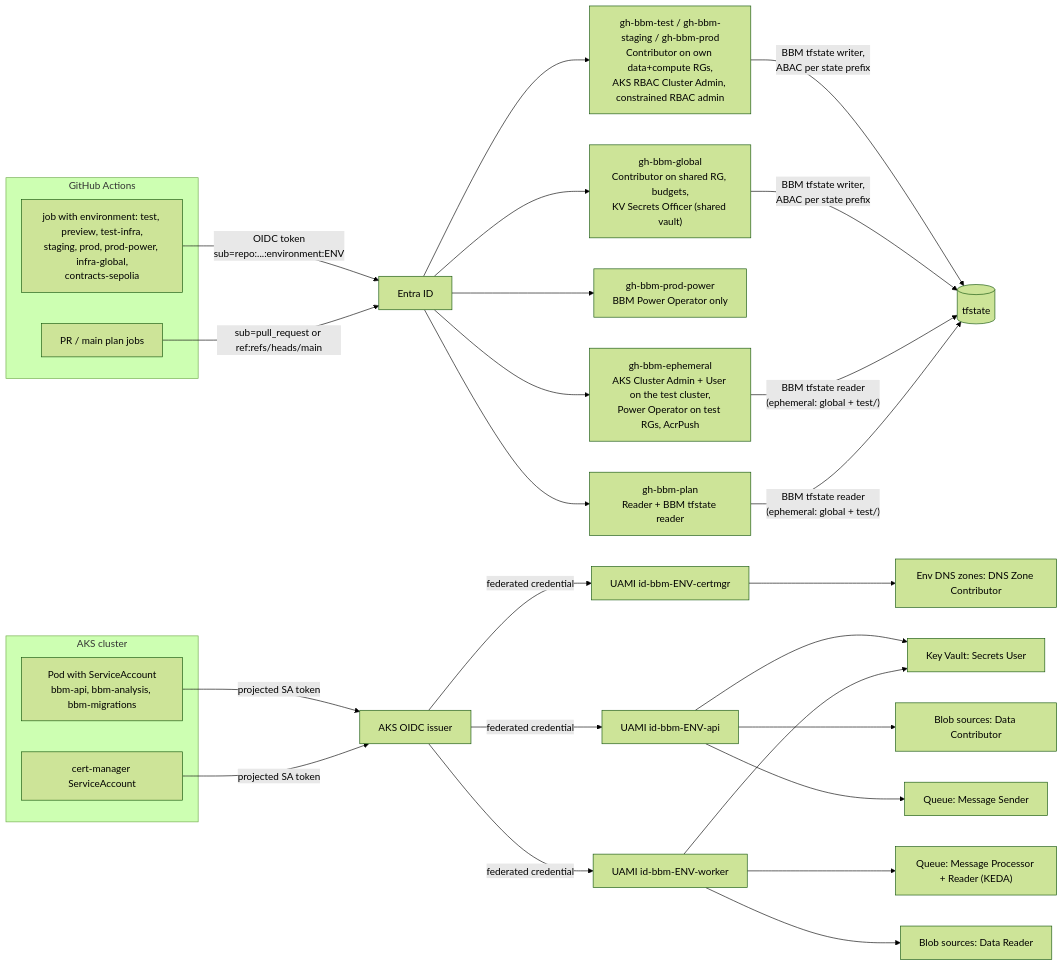
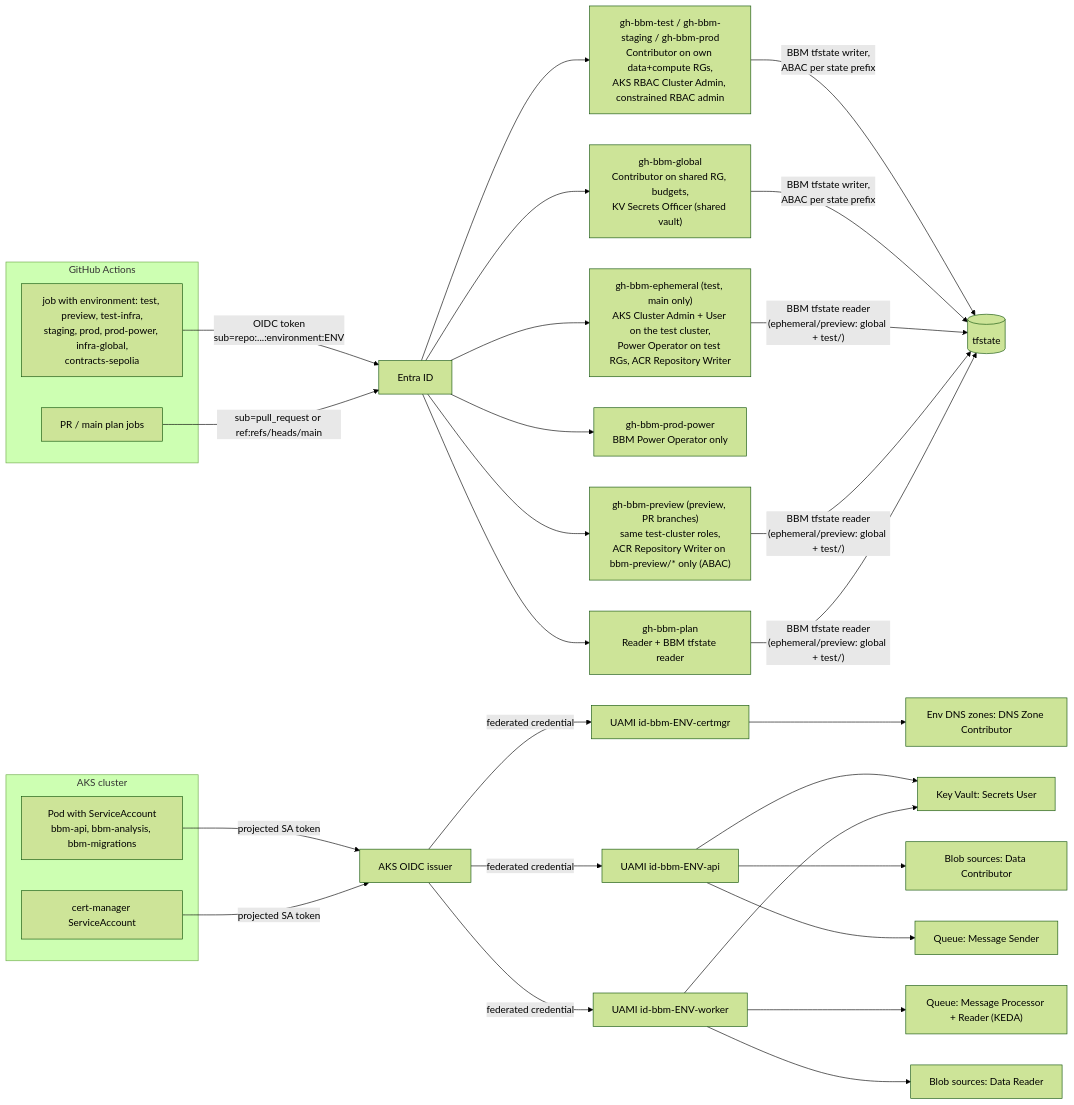
One commit to cse416-fa26-sixseven/bug-bounty-marketplace changed the third of 4 diagrams in docs/devops/architecture.md. Above: the diagram before and after it, drawn with Mermaid (forest theme). The commit also changed other lines of this file and 7 other files, not shown here.

Commit message:
docs: preview identity, registry ABAC mode and Let's Encrypt limits

````diff
--- a/docs/devops/architecture.md
+++ b/docs/devops/architecture.md
@@ -174,33 +174,34 @@
 ```mermaid
 flowchart LR
     subgraph GH["GitHub Actions"]
         JOB["job with environment: test, preview, test-infra,<br/>staging, prod, prod-power, infra-global,<br/>contracts-sepolia"]
         PR["PR / main plan jobs"]
     end
     JOB -- "OIDC token<br/>sub=repo:...:environment:ENV" --> ENTRA["Entra ID"]
     PR -- "sub=pull_request or ref:refs/heads/main" --> ENTRA
-    ENTRA --> EPH["gh-bbm-ephemeral<br/>AKS Cluster Admin + User on the test cluster,<br/>Power Operator on test RGs, AcrPush"]
+    ENTRA --> EPH["gh-bbm-ephemeral (test, main only)<br/>AKS Cluster Admin + User on the test cluster,<br/>Power Operator on test RGs, ACR Repository Writer"]
+    ENTRA --> PRV["gh-bbm-preview (preview, PR branches)<br/>same test-cluster roles,<br/>ACR Repository Writer on bbm-preview/* only (ABAC)"]
     ENTRA --> STG["gh-bbm-test / gh-bbm-staging / gh-bbm-prod<br/>Contributor on own data+compute RGs,<br/>AKS RBAC Cluster Admin, constrained RBAC admin"]
     ENTRA --> PWR["gh-bbm-prod-power<br/>BBM Power Operator only"]
     ENTRA --> GLB["gh-bbm-global<br/>Contributor on shared RG, budgets,<br/>KV Secrets Officer (shared vault)"]
     ENTRA --> PLAN["gh-bbm-plan<br/>Reader + BBM tfstate reader"]
     STG & GLB -- "BBM tfstate writer,<br/>ABAC per state prefix" --> TFS[("tfstate")]
-    EPH & PLAN -- "BBM tfstate reader<br/>(ephemeral: global + test/)" --> TFS
+    EPH & PRV & PLAN -- "BBM tfstate reader<br/>(ephemeral/preview: global + test/)" --> TFS
 
     subgraph K8s["AKS cluster"]
         SA["Pod with ServiceAccount<br/>bbm-api, bbm-analysis, bbm-migrations"]
         CMSA["cert-manager ServiceAccount"]
     end
     SA -- "projected SA token" --> ISS["AKS OIDC issuer"]
     CMSA -- "projected SA token" --> ISS
     ISS -- "federated credential" --> UCM["UAMI id-bbm-ENV-certmgr"]
     UCM --> DZ["Env DNS zones: DNS Zone Contributor"]
     ISS -- "federated credential" --> UAPI["UAMI id-bbm-ENV-api"]
     ISS -- "federated credential" --> UWRK["UAMI id-bbm-ENV-worker"]
     UAPI --> KV["Key Vault: Secrets User"]
     UAPI --> BLOB["Blob sources: Data Contributor"]
     UAPI --> QS["Queue: Message Sender"]
     UWRK --> KV
     UWRK --> QP["Queue: Message Processor + Reader (KEDA)"]
     UWRK --> BLOBR["Blob sources: Data Reader"]
 ```
````
